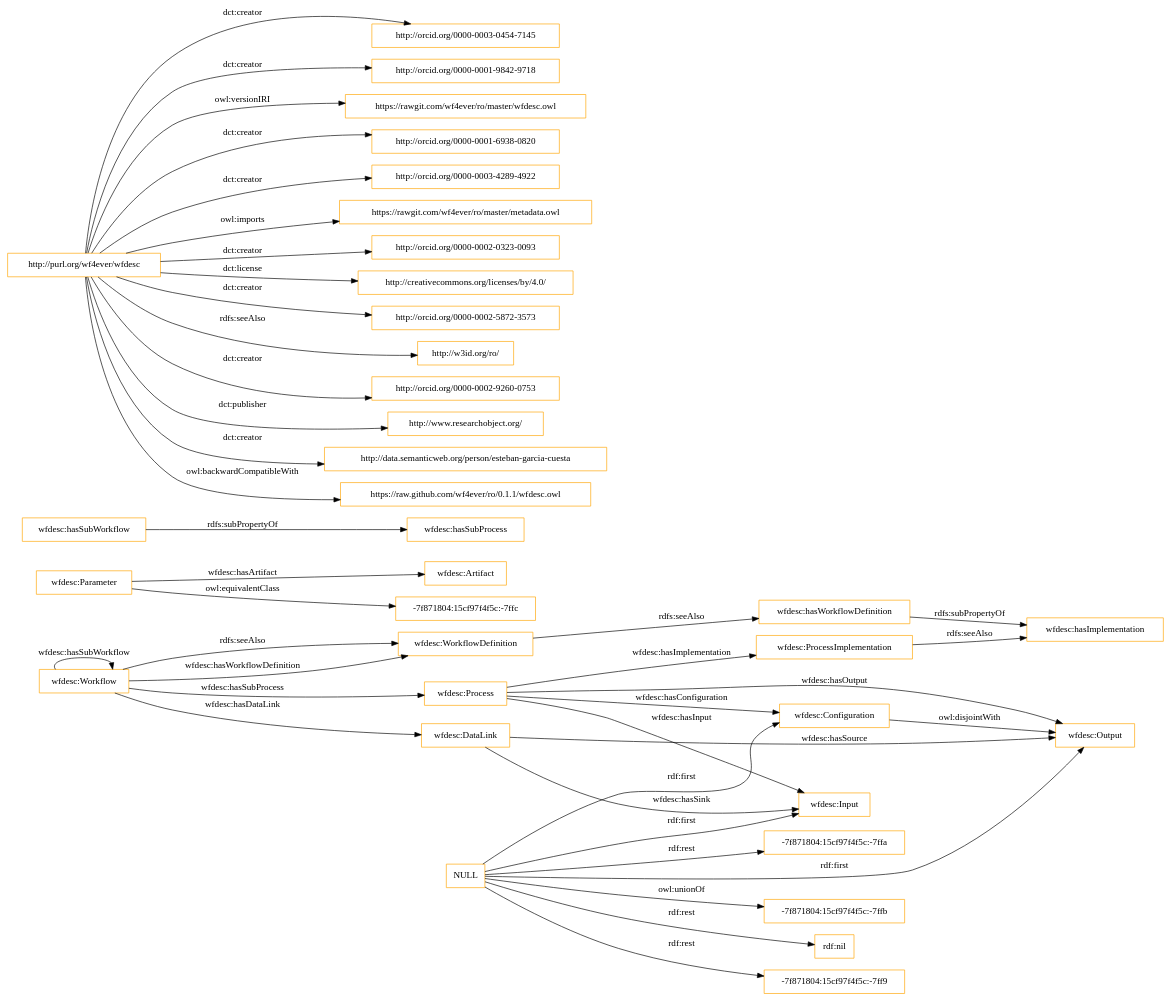
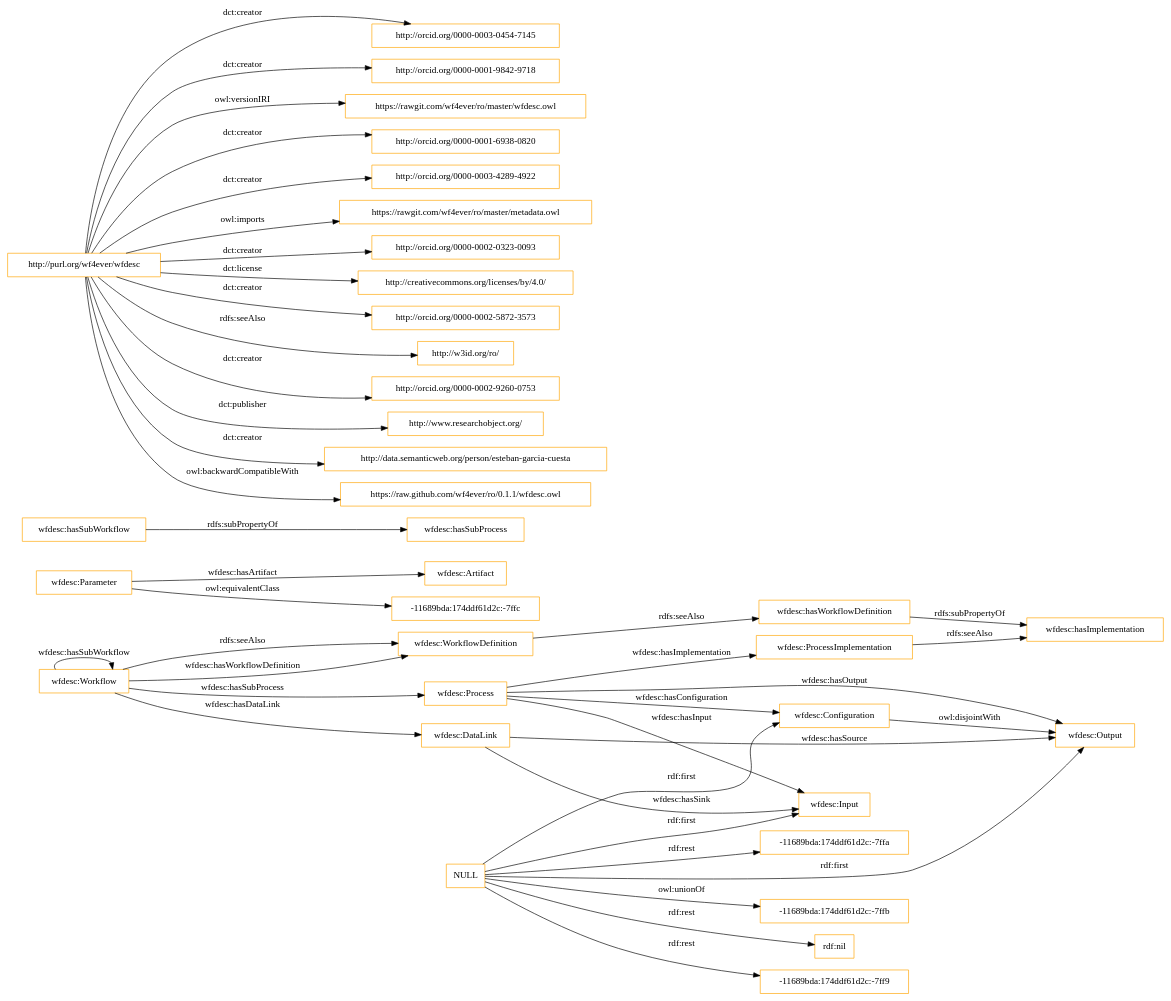
The diagram in OnToology/wfdesc.owl/diagrams/ar2dtool-class/wfdesc.owl.png.dot (ahmad88me/ro), drawn with Graphviz before and after one commit. The commit also changed 231 other files, not shown here.

```diff
--- a/OnToology/wfdesc.owl/diagrams/ar2dtool-class/wfdesc.owl.png.dot
+++ b/OnToology/wfdesc.owl/diagrams/ar2dtool-class/wfdesc.owl.png.dot
@@ -1,45 +1,45 @@
 digraph ar2dtool_diagram { 
 rankdir=LR;
 size="1501"
-node [shape = rectangle, color="orange"]; "wfdesc:Workflow" "wfdesc:Artifact" "wfdesc:DataLink" "wfdesc:Input" "wfdesc:Parameter" "wfdesc:Output" "wfdesc:Process" "wfdesc:WorkflowDefinition" "-7f871804:15cf97f4f5c:-7ffc" "wfdesc:ProcessImplementation" "wfdesc:Configuration" ; /*classes style*/
-	"NULL" -> "-7f871804:15cf97f4f5c:-7ff9" [ label = "rdf:rest" ];
+node [shape = rectangle, color="orange"]; "wfdesc:Workflow" "wfdesc:Artifact" "wfdesc:DataLink" "wfdesc:Input" "wfdesc:Parameter" "wfdesc:Output" "wfdesc:Process" "wfdesc:WorkflowDefinition" "wfdesc:ProcessImplementation" "wfdesc:Configuration" "-11689bda:174ddf61d2c:-7ffc" ; /*classes style*/
+	"NULL" -> "-11689bda:174ddf61d2c:-7ff9" [ label = "rdf:rest" ];
 	"NULL" -> "wfdesc:Input" [ label = "rdf:first" ];
-	"NULL" -> "-7f871804:15cf97f4f5c:-7ffa" [ label = "rdf:rest" ];
+	"NULL" -> "-11689bda:174ddf61d2c:-7ffa" [ label = "rdf:rest" ];
 	"NULL" -> "wfdesc:Configuration" [ label = "rdf:first" ];
-	"NULL" -> "-7f871804:15cf97f4f5c:-7ffb" [ label = "owl:unionOf" ];
+	"NULL" -> "-11689bda:174ddf61d2c:-7ffb" [ label = "owl:unionOf" ];
 	"NULL" -> "rdf:nil" [ label = "rdf:rest" ];
 	"NULL" -> "wfdesc:Output" [ label = "rdf:first" ];
 	"wfdesc:Configuration" -> "wfdesc:Output" [ label = "owl:disjointWith" ];
 	"wfdesc:ProcessImplementation" -> "wfdesc:hasImplementation" [ label = "rdfs:seeAlso" ];
 	"wfdesc:Workflow" -> "wfdesc:WorkflowDefinition" [ label = "rdfs:seeAlso" ];
 	"wfdesc:WorkflowDefinition" -> "wfdesc:hasWorkflowDefinition" [ label = "rdfs:seeAlso" ];
 	"wfdesc:hasSubWorkflow" -> "wfdesc:hasSubProcess" [ label = "rdfs:subPropertyOf" ];
-	"wfdesc:Parameter" -> "-7f871804:15cf97f4f5c:-7ffc" [ label = "owl:equivalentClass" ];
+	"wfdesc:Parameter" -> "-11689bda:174ddf61d2c:-7ffc" [ label = "owl:equivalentClass" ];
 	"http://purl.org/wf4ever/wfdesc" -> "http://orcid.org/0000-0003-0454-7145" [ label = "dct:creator" ];
 	"http://purl.org/wf4ever/wfdesc" -> "http://orcid.org/0000-0001-9842-9718" [ label = "dct:creator" ];
 	"http://purl.org/wf4ever/wfdesc" -> "https://rawgit.com/wf4ever/ro/master/wfdesc.owl" [ label = "owl:versionIRI" ];
 	"http://purl.org/wf4ever/wfdesc" -> "http://orcid.org/0000-0001-6938-0820" [ label = "dct:creator" ];
 	"http://purl.org/wf4ever/wfdesc" -> "http://orcid.org/0000-0003-4289-4922" [ label = "dct:creator" ];
 	"http://purl.org/wf4ever/wfdesc" -> "https://rawgit.com/wf4ever/ro/master/metadata.owl" [ label = "owl:imports" ];
 	"http://purl.org/wf4ever/wfdesc" -> "http://orcid.org/0000-0002-0323-0093" [ label = "dct:creator" ];
 	"http://purl.org/wf4ever/wfdesc" -> "http://creativecommons.org/licenses/by/4.0/" [ label = "dct:license" ];
 	"http://purl.org/wf4ever/wfdesc" -> "http://orcid.org/0000-0002-5872-3573" [ label = "dct:creator" ];
 	"http://purl.org/wf4ever/wfdesc" -> "http://w3id.org/ro/" [ label = "rdfs:seeAlso" ];
 	"http://purl.org/wf4ever/wfdesc" -> "http://orcid.org/0000-0002-9260-0753" [ label = "dct:creator" ];
 	"http://purl.org/wf4ever/wfdesc" -> "http://www.researchobject.org/" [ label = "dct:publisher" ];
 	"http://purl.org/wf4ever/wfdesc" -> "http://data.semanticweb.org/person/esteban-garcia-cuesta" [ label = "dct:creator" ];
 	"http://purl.org/wf4ever/wfdesc" -> "https://raw.github.com/wf4ever/ro/0.1.1/wfdesc.owl" [ label = "owl:backwardCompatibleWith" ];
 	"wfdesc:hasWorkflowDefinition" -> "wfdesc:hasImplementation" [ label = "rdfs:subPropertyOf" ];
 	"wfdesc:Parameter" -> "wfdesc:Artifact" [ label = "wfdesc:hasArtifact" ];
 	"wfdesc:Process" -> "wfdesc:Configuration" [ label = "wfdesc:hasConfiguration" ];
 	"wfdesc:Workflow" -> "wfdesc:Workflow" [ label = "wfdesc:hasSubWorkflow" ];
 	"wfdesc:Workflow" -> "wfdesc:WorkflowDefinition" [ label = "wfdesc:hasWorkflowDefinition" ];
 	"wfdesc:Workflow" -> "wfdesc:Process" [ label = "wfdesc:hasSubProcess" ];
 	"wfdesc:Process" -> "wfdesc:Output" [ label = "wfdesc:hasOutput" ];
 	"wfdesc:Process" -> "wfdesc:ProcessImplementation" [ label = "wfdesc:hasImplementation" ];
 	"wfdesc:Workflow" -> "wfdesc:DataLink" [ label = "wfdesc:hasDataLink" ];
 	"wfdesc:DataLink" -> "wfdesc:Output" [ label = "wfdesc:hasSource" ];
 	"wfdesc:DataLink" -> "wfdesc:Input" [ label = "wfdesc:hasSink" ];
 	"wfdesc:Process" -> "wfdesc:Input" [ label = "wfdesc:hasInput" ];
 
 }
```
